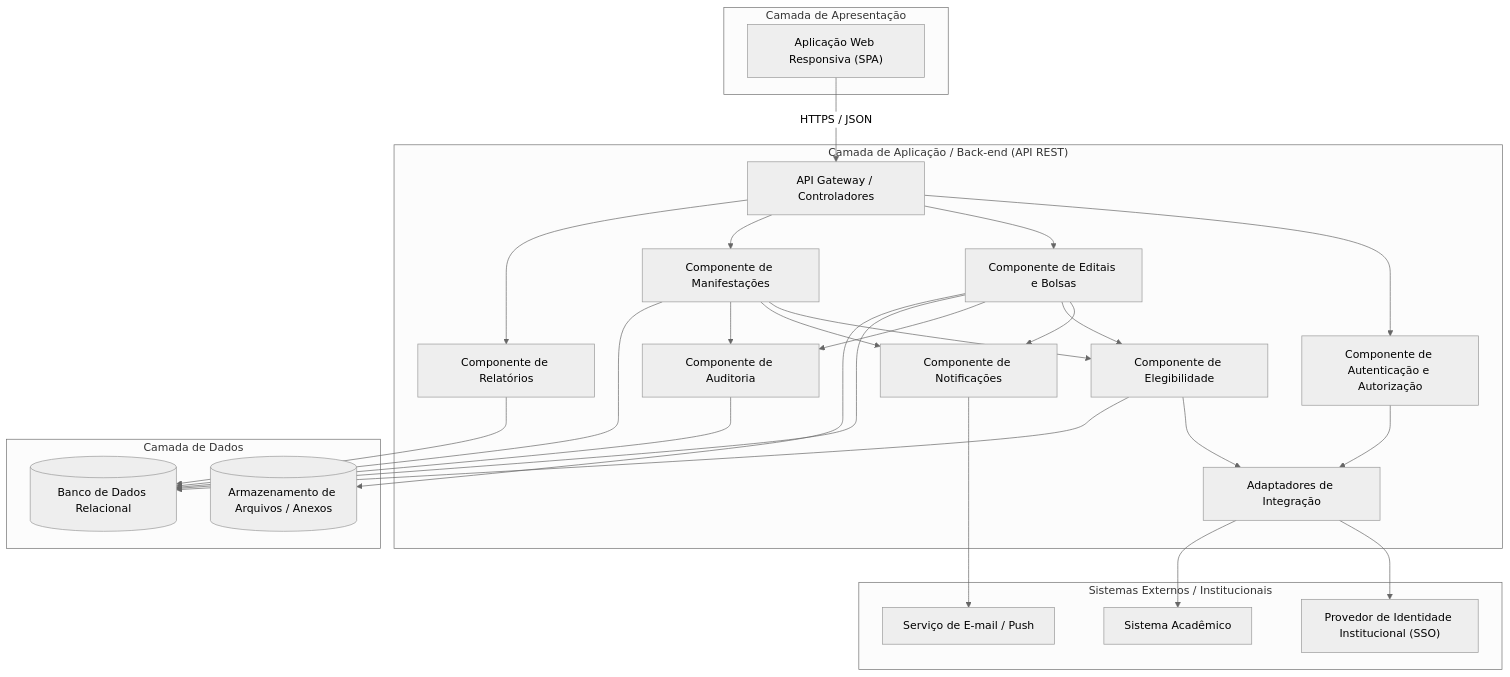
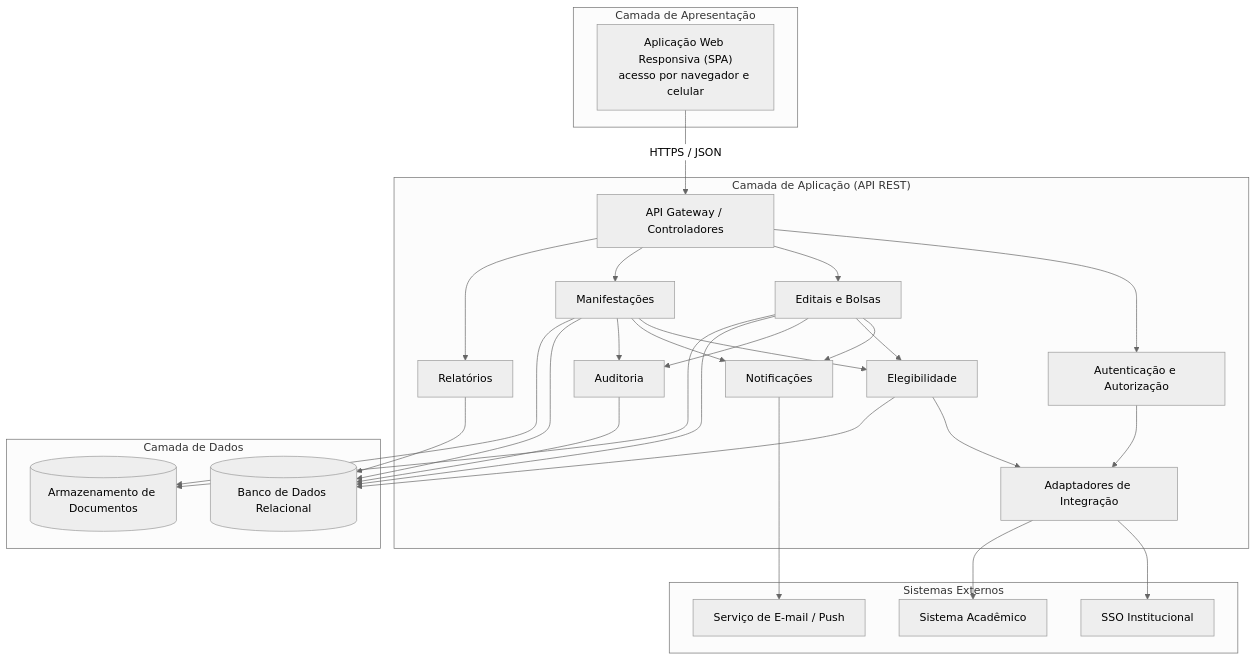
One commit to AllisonOliv/requisitos-2026.2--grupo3 changed the second of 3 diagrams in uml/diagramas.md. Above: the diagram before and after it, drawn with Mermaid (neutral theme). The commit also changed other lines of this file and 7 other files, not shown here.

First line of the commit message:
Versão unificada (visão, entrevistas, requisitos e UML)

````diff
--- a/uml/diagramas.md
+++ b/uml/diagramas.md
@@ -79,52 +81,53 @@
 ```mermaid
 flowchart TB
     subgraph CLI["Camada de Apresentação"]
-        WEB["Aplicação Web Responsiva (SPA)"]
+        WEB["Aplicação Web Responsiva (SPA)<br/>acesso por navegador e celular"]
     end
 
-    subgraph API["Camada de Aplicação / Back-end (API REST)"]
+    subgraph API["Camada de Aplicação (API REST)"]
         GW["API Gateway / Controladores"]
-        AUTH["Componente de Autenticação e Autorização"]
-        EDT["Componente de Editais e Bolsas"]
-        ELG["Componente de Elegibilidade"]
-        MAN["Componente de Manifestações"]
-        NOT["Componente de Notificações"]
-        REL["Componente de Relatórios"]
-        AUD["Componente de Auditoria"]
+        AUTH["Autenticação e Autorização"]
+        EDT["Editais e Bolsas"]
+        ELG["Elegibilidade"]
+        MAN["Manifestações"]
+        NOT["Notificações"]
+        REL["Relatórios"]
+        AUD["Auditoria"]
         INT["Adaptadores de Integração"]
     end
 
     subgraph DAT["Camada de Dados"]
         DB[("Banco de Dados Relacional")]
-        FS[("Armazenamento de Arquivos / Anexos")]
+        FS[("Armazenamento de Documentos")]
     end
 
-    subgraph EXT["Sistemas Externos / Institucionais"]
-        SSO["Provedor de Identidade Institucional (SSO)"]
+    subgraph EXT["Sistemas Externos"]
+        SSO["SSO Institucional"]
         ACAD["Sistema Acadêmico"]
         MAIL["Serviço de E-mail / Push"]
     end
 
-    WEB -->|HTTPS / JSON| GW
+    WEB -->|"HTTPS / JSON"| GW
     GW --> AUTH
     GW --> EDT
     GW --> MAN
     GW --> REL
     MAN --> ELG
     MAN --> NOT
     EDT --> NOT
     EDT --> ELG
     AUTH --> INT
     ELG --> INT
     EDT --> AUD
     MAN --> AUD
     EDT --> DB
     MAN --> DB
     ELG --> DB
     REL --> DB
     AUD --> DB
     EDT --> FS
+    MAN --> FS
     NOT --> MAIL
     INT --> SSO
     INT --> ACAD
 ```
````
